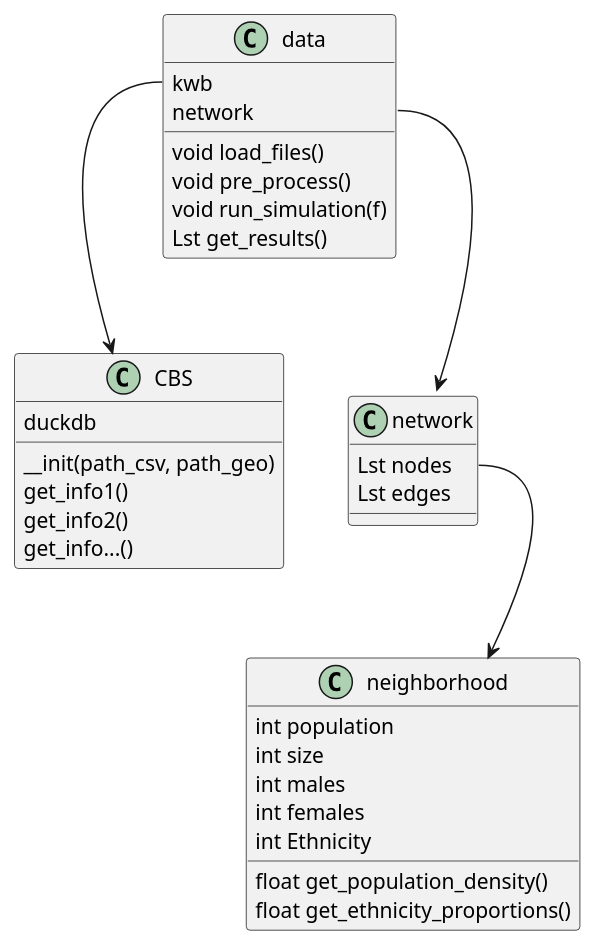
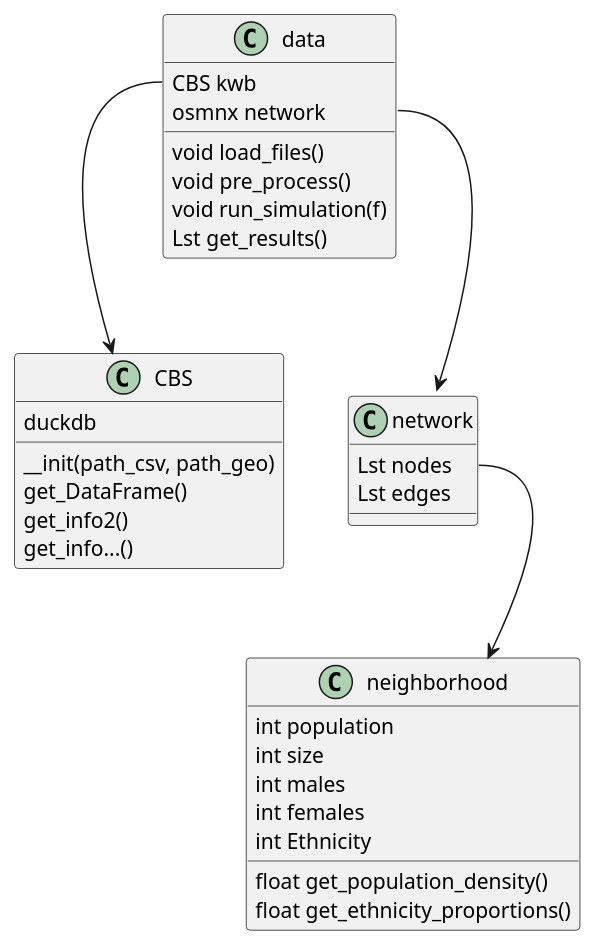
The diagram in Project-Overview/UML/classes.plantuml (Tobias0107/STDAP), drawn with PlantUML before and after one commit. The commit also changed 2 other files, not shown here.

```diff
--- a/Project-Overview/UML/classes.plantuml
+++ b/Project-Overview/UML/classes.plantuml
@@ -4,51 +4,51 @@
 @startuml class UML
 
 ''''''''''''''''''''''''''''''''''''''
 '''''' Defining all classes ''''''''''
 ''''''''''''''''''''''''''''''''''''''
 ' Main class
 class data {
-    kwb
-    network
+    CBS kwb
+    osmnx network
     void load_files()
     void pre_process()
     void run_simulation(f)
     Lst get_results()
 }
 
 ' Wrapper class for the KWB. Uses duckdb extract data from csv.
 ' Should merge the data with the geo data. Can also be done in duckdb.
 class CBS {
     duckdb
     __init(path_csv, path_geo)
-    get_info1()
+    get_DataFrame()
     get_info2()
     get_info...()
 }
 
 ' Wrapper for interacting with the network
 class network {
     Lst nodes
     Lst edges
 }
 
 class neighborhood {
     int population
     int size
     int males
     int females
     int Ethnicity
     float get_population_density()
     float get_ethnicity_proportions()
 }
 
 ''''''''''''''''''''''''''''''''''''''
 '''''' Defining relations ''''''''''''
 ''''''''''''''''''''''''''''''''''''''
 data::network --> network
 data::kwb --> CBS
 
 network::nodes --> neighborhood
 
 
 @enduml
```
